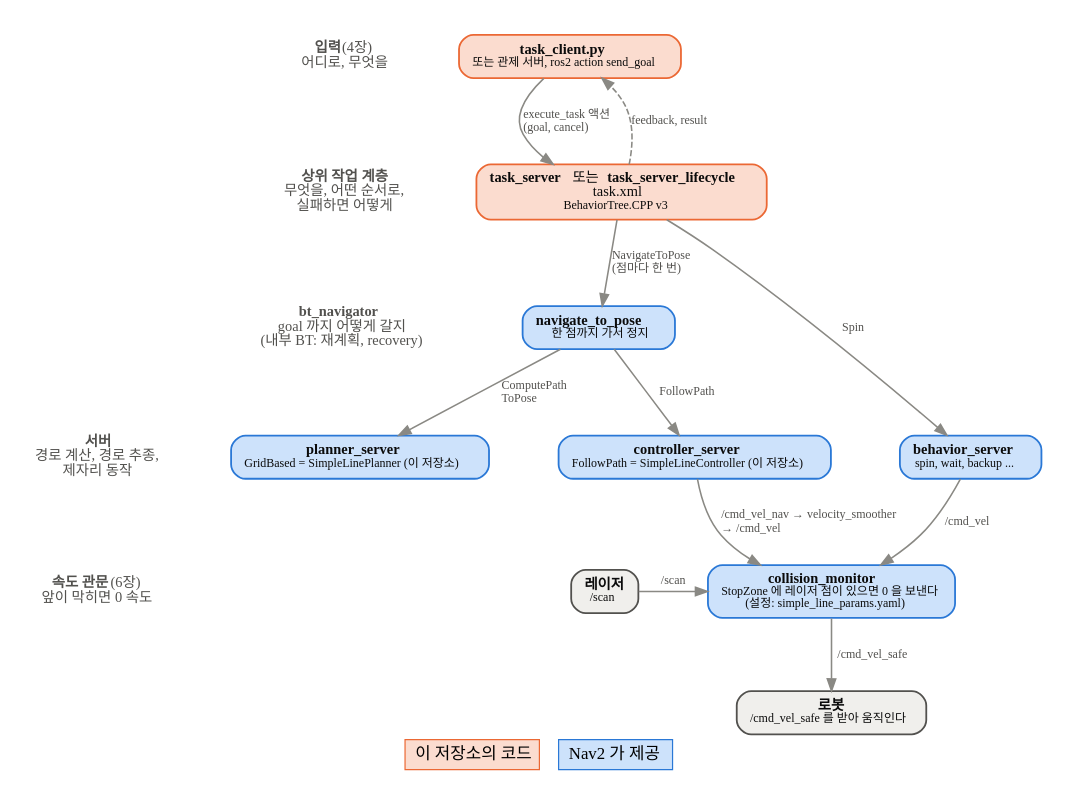
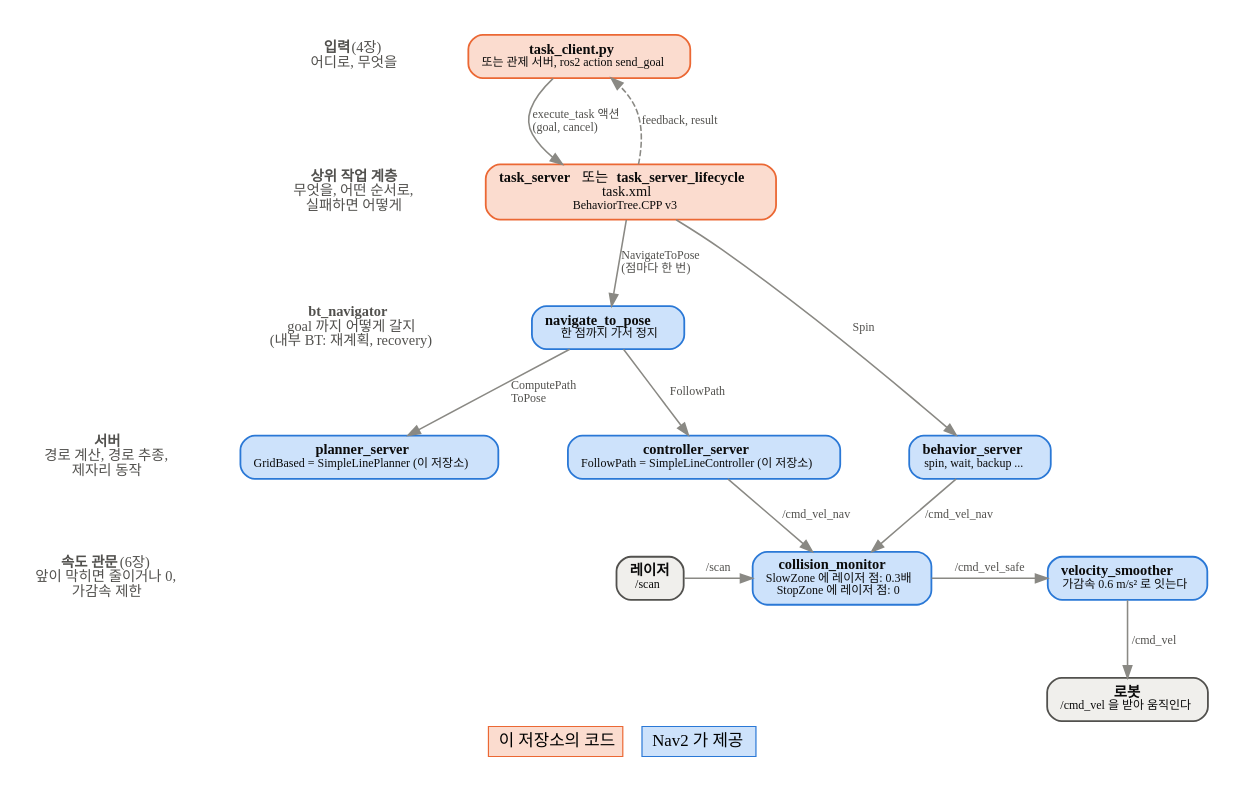
The diagram in bt_navigator/bt_mission/doc/layers.dot (1-roro/nav2_dwb), drawn with Graphviz before and after one commit. The commit also changed 27 other files, not shown here.

```diff
--- a/bt_navigator/bt_mission/doc/layers.dot
+++ b/bt_navigator/bt_mission/doc/layers.dot
@@ -1,62 +1,65 @@
 // 미션 BT 가 Nav2 의 어디에 붙는지 (dot -Tpng -Gdpi=110 layers.dot -o layers.png)
 digraph layers {
   graph [rankdir=TB, fontname="NanumGothic", bgcolor="white", pad=0.3, nodesep=0.4, ranksep=0.7,
          newrank=true, labelloc=b, label=<<table border="0" cellspacing="0" cellpadding="4"><tr>
            <td bgcolor="#fbdccf" border="1" color="#eb6834">&nbsp;이 저장소의 코드&nbsp;</td><td>&nbsp;&nbsp;</td>
            <td bgcolor="#cde2fb" border="1" color="#2a78d6">&nbsp;Nav2 가 제공&nbsp;</td></tr></table>>];
   node [shape=box, style="rounded,filled", fontname="NanumGothic", fontsize=12, fontcolor="#0b0b0b",
         penwidth=1.5, margin="0.15,0.08"];
   edge [color="#8a8984", penwidth=1.3, fontname="NanumGothic", fontsize=10, fontcolor="#52514e"];
 
   // 왼쪽 열: 계층 이름
   node [shape=plaintext, style="", fontsize=12, fontcolor="#52514e", margin=0];
   L0 [label=<<b>입력</b> (4장)<br/>어디로, 무엇을>];
   L1 [label=<<b>상위 작업 계층</b><br/>무엇을, 어떤 순서로,<br/>실패하면 어떻게>];
   L2 [label=<<b>bt_navigator</b><br/>goal 까지 어떻게 갈지<br/>(내부 BT: 재계획, recovery)>];
   L3 [label=<<b>서버</b><br/>경로 계산, 경로 추종,<br/>제자리 동작>];
-  L4 [label=<<b>속도 관문</b> (6장)<br/>앞이 막히면 0 속도>];
+  L4 [label=<<b>속도 관문</b> (6장)<br/>앞이 막히면 줄이거나 0,<br/>가감속 제한>];
   L5 [label=""];
   L0 -> L1 -> L2 -> L3 -> L4 -> L5 [style=invis];
 
   node [shape=box, style="rounded,filled", fontsize=12, fontcolor="#0b0b0b", margin="0.15,0.08"];
   ts [label=<<b>task_client.py</b><br/><font point-size="10">또는 관제 서버, ros2 action send_goal</font>>,
       fillcolor="#fbdccf", color="#eb6834"];
   bt [label=<<b>task_server</b> 또는 <b>task_server_lifecycle</b><br/>task.xml<br/><font point-size="10">BehaviorTree.CPP v3</font>>,
       fillcolor="#fbdccf", color="#eb6834"];
   nt [label=<<b>navigate_to_pose</b><br/><font point-size="10">한 점까지 가서 정지</font>>,
       fillcolor="#cde2fb", color="#2a78d6"];
   planner [label=<<b>planner_server</b><br/><font point-size="10">GridBased = SimpleLinePlanner (이 저장소)</font>>,
            fillcolor="#cde2fb", color="#2a78d6"];
   controller [label=<<b>controller_server</b><br/><font point-size="10">FollowPath = SimpleLineController (이 저장소)</font>>,
               fillcolor="#cde2fb", color="#2a78d6"];
   behavior [label=<<b>behavior_server</b><br/><font point-size="10">spin, wait, backup ...</font>>,
             fillcolor="#cde2fb", color="#2a78d6"];
-  cm [label=<<b>collision_monitor</b><br/><font point-size="10">StopZone 에 레이저 점이 있으면 0 을 보낸다<br/>(설정: simple_line_params.yaml)</font>>,
+  cm [label=<<b>collision_monitor</b><br/><font point-size="10">SlowZone 에 레이저 점: 0.3배<br/>StopZone 에 레이저 점: 0</font>>,
       fillcolor="#cde2fb", color="#2a78d6"];
-  robot [label=<<b>로봇</b><br/><font point-size="10">/cmd_vel_safe 를 받아 움직인다</font>>,
+  smoother [label=<<b>velocity_smoother</b><br/><font point-size="10">가감속 0.6 m/s² 로 잇는다</font>>,
+      fillcolor="#cde2fb", color="#2a78d6"];
+  robot [label=<<b>로봇</b><br/><font point-size="10">/cmd_vel 을 받아 움직인다</font>>,
          fillcolor="#f0efec", color="#52514e"];
   laser [label=<<b>레이저</b><br/><font point-size="10">/scan</font>>,
          fillcolor="#f0efec", color="#52514e"];
 
   {rank=same; L0; ts}
   {rank=same; L1; bt}
   {rank=same; L2; nt}
   {rank=same; L3; planner; controller; behavior}
-  {rank=same; L4; cm; laser}
+  {rank=same; L4; laser; cm; smoother}
   {rank=same; L5; robot}
   L0 -> ts [style=invis];
   L1 -> bt [style=invis];
   L2 -> nt [style=invis];
   L3 -> planner -> controller -> behavior [style=invis];
 
   ts -> bt [label=" execute_task 액션\l (goal, cancel)\l"];
   bt -> ts [style=dashed, label=" feedback, result\l"];
   bt -> nt [label=" NavigateToPose\l (점마다 한 번)\l"];
   bt -> behavior [label=" Spin"];
   nt -> planner [label=" ComputePath\l ToPose\l"];
   nt -> controller [label=" FollowPath"];
-  controller -> cm [label=" /cmd_vel_nav → velocity_smoother\l → /cmd_vel\l"];
-  behavior -> cm [label=" /cmd_vel"];
+  controller -> cm [label=" /cmd_vel_nav"];
+  behavior -> cm [label=" /cmd_vel_nav"];
   laser -> cm [label=" /scan"];
-  cm -> robot [label=" /cmd_vel_safe"];
+  cm -> smoother [label=" /cmd_vel_safe"];
+  smoother -> robot [label=" /cmd_vel"];
 }
```
